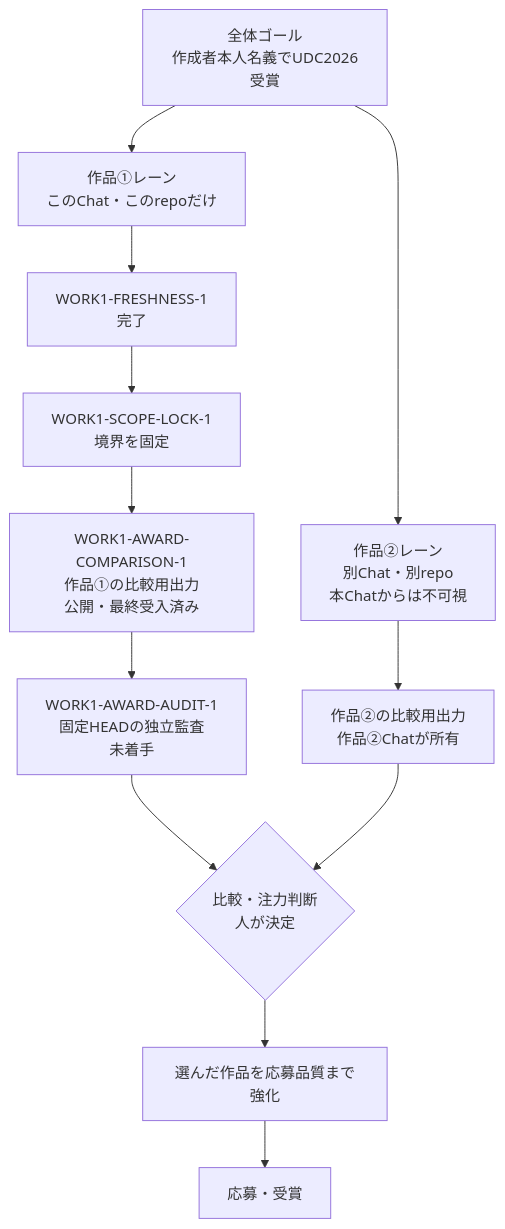
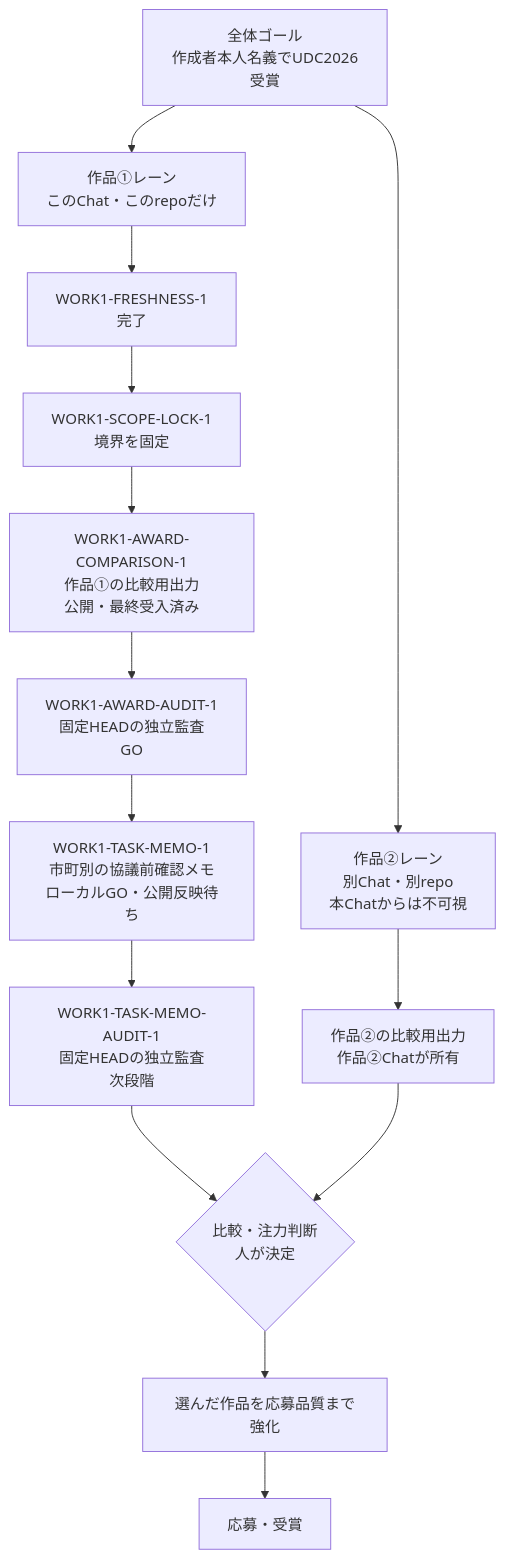
One commit to yyy-yuichi/yamaguchi-yusho-data changed the diagram in WORK_SCOPE.md. Above: the diagram before and after it, drawn with Mermaid. The commit also changed other lines of this file and 13 other files, not shown here.

````diff
--- a/WORK_SCOPE.md
+++ b/WORK_SCOPE.md
@@ -20,20 +20,22 @@
 ```mermaid
 flowchart TD
     G["全体ゴール<br/>作成者本人名義でUDC2026受賞"]
     W1["作品①レーン<br/>このChat・このrepoだけ"]
     W2["作品②レーン<br/>別Chat・別repo<br/>本Chatからは不可視"]
     F["WORK1-FRESHNESS-1<br/>完了"]
     L["WORK1-SCOPE-LOCK-1<br/>境界を固定"]
     C1["WORK1-AWARD-COMPARISON-1<br/>作品①の比較用出力<br/>公開・最終受入済み"]
-    A1["WORK1-AWARD-AUDIT-1<br/>固定HEADの独立監査<br/>未着手"]
+    A1["WORK1-AWARD-AUDIT-1<br/>固定HEADの独立監査<br/>GO"]
+    M1["WORK1-TASK-MEMO-1<br/>市町別の協議前確認メモ<br/>ローカルGO・公開反映待ち"]
+    A2["WORK1-TASK-MEMO-AUDIT-1<br/>固定HEADの独立監査<br/>次段階"]
     C2["作品②の比較用出力<br/>作品②Chatが所有"]
     D{"比較・注力判断<br/>人が決定"}
     S["選んだ作品を応募品質まで強化"]
     A["応募・受賞"]
 
     G --> W1
     G --> W2
-    W1 --> F --> L --> C1 --> A1 --> D
+    W1 --> F --> L --> C1 --> A1 --> M1 --> A2 --> D
     W2 --> C2 --> D
     D --> S --> A
 ```
````
